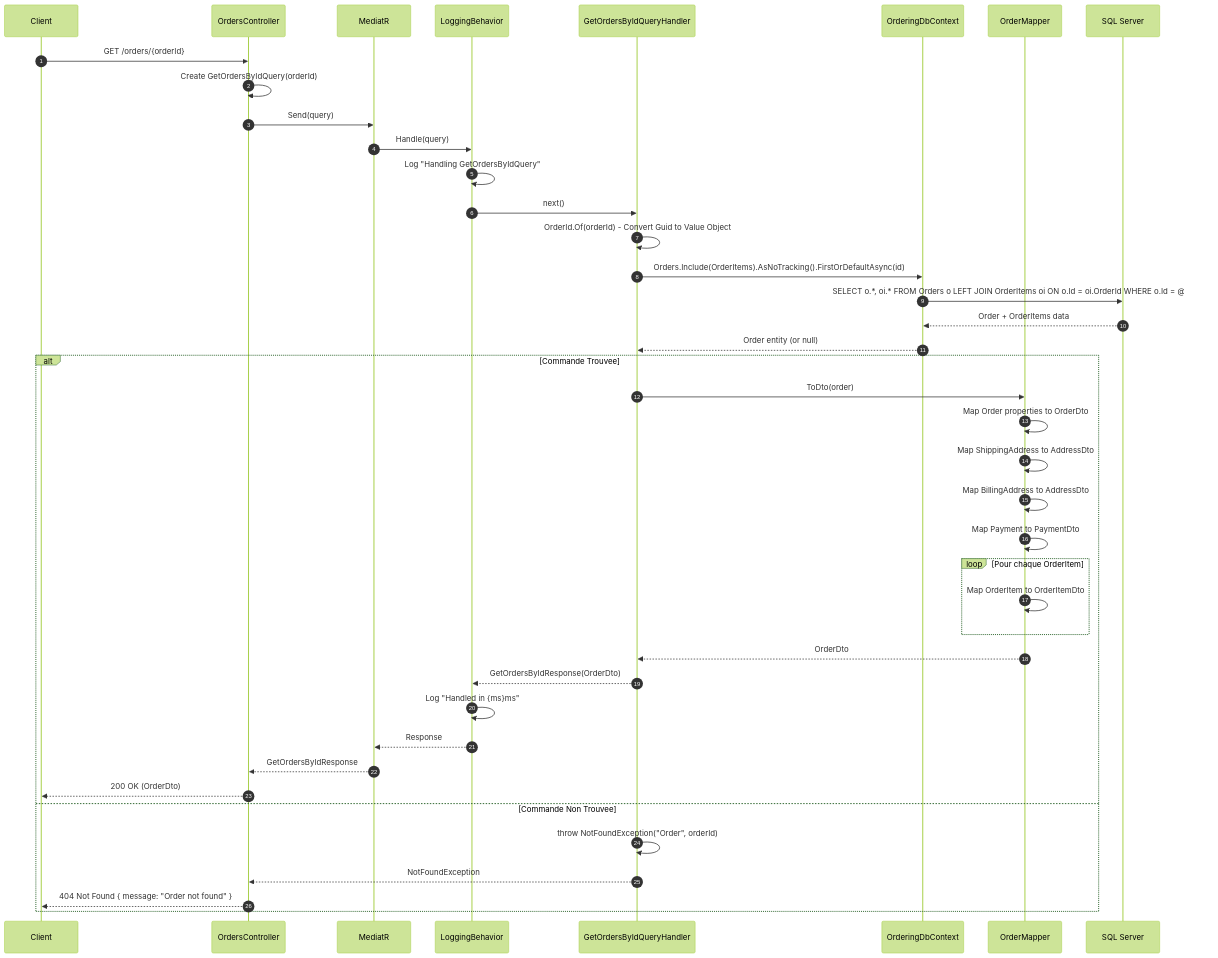
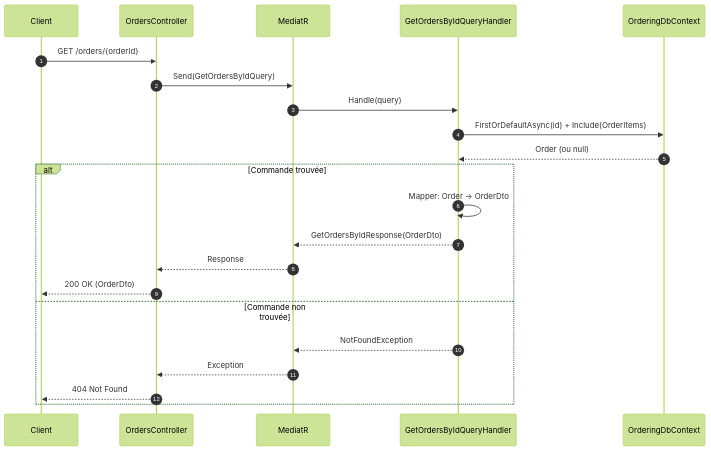
Before and after one commit to SafiaBeaumale/eshop-ynov: the third of 6 diagrams in docs/services/ordering/sequence-diagrams.md, drawn with Mermaid (forest theme). The commit also changed other lines of this file, not shown here.

Commit message:
add(ordering): docs sequence diagram

````diff
--- a/docs/services/ordering/sequence-diagrams.md
+++ b/docs/services/ordering/sequence-diagrams.md
@@ -178,55 +82,27 @@
 ```mermaid
 sequenceDiagram
     autonumber
     participant Client
     participant Controller as OrdersController
     participant Mediator as MediatR
-    participant LogBehavior as LoggingBehavior
     participant Handler as GetOrdersByIdQueryHandler
     participant DbContext as OrderingDbContext
-    participant Mapper as OrderMapper
-    participant DB as SQL Server
 
     Client->>Controller: GET /orders/{orderId}
-    Controller->>Controller: Create GetOrdersByIdQuery(orderId)
-    Controller->>Mediator: Send(query)
+    Controller->>Mediator: Send(GetOrdersByIdQuery)
 
-    Mediator->>LogBehavior: Handle(query)
-    LogBehavior->>LogBehavior: Log "Handling GetOrdersByIdQuery"
+    Mediator->>Handler: Handle(query)
+    Handler->>DbContext: FirstOrDefaultAsync(id) + Include(OrderItems)
+    DbContext-->>Handler: Order (ou null)
 
-    LogBehavior->>Handler: next()
-
-    Handler->>Handler: OrderId.Of(orderId) - Convert Guid to Value Object
-
-    Handler->>DbContext: Orders.Include(OrderItems).AsNoTracking().FirstOrDefaultAsync(id)
-    DbContext->>DB: SELECT o.*, oi.* FROM Orders o LEFT JOIN OrderItems oi ON o.Id = oi.OrderId WHERE o.Id = @orderId
-    DB-->>DbContext: Order + OrderItems data
-    DbContext-->>Handler: Order entity (or null)
-
-    alt Commande Trouvee
-        Handler->>Mapper: ToDto(order)
-
-        Mapper->>Mapper: Map Order properties to OrderDto
-        Mapper->>Mapper: Map ShippingAddress to AddressDto
-        Mapper->>Mapper: Map BillingAddress to AddressDto
-        Mapper->>Mapper: Map Payment to PaymentDto
-
-        loop Pour chaque OrderItem
-            Mapper->>Mapper: Map OrderItem to OrderItemDto
-        end
-
-        Mapper-->>Handler: OrderDto
-
-        Handler-->>LogBehavior: GetOrdersByIdResponse(OrderDto)
-        LogBehavior->>LogBehavior: Log "Handled in {ms}ms"
-        LogBehavior-->>Mediator: Response
-
-        Mediator-->>Controller: GetOrdersByIdResponse
+    alt Commande trouvée
+        Handler->>Handler: Mapper: Order → OrderDto
+        Handler-->>Mediator: GetOrdersByIdResponse(OrderDto)
+        Mediator-->>Controller: Response
         Controller-->>Client: 200 OK (OrderDto)
-
-    else Commande Non Trouvee
-        Handler->>Handler: throw NotFoundException("Order", orderId)
-        Handler-->>Controller: NotFoundException
-        Controller-->>Client: 404 Not Found { message: "Order not found" }
+    else Commande non trouvée
+        Handler-->>Mediator: NotFoundException
+        Mediator-->>Controller: Exception
+        Controller-->>Client: 404 Not Found
     end
 ```
````
